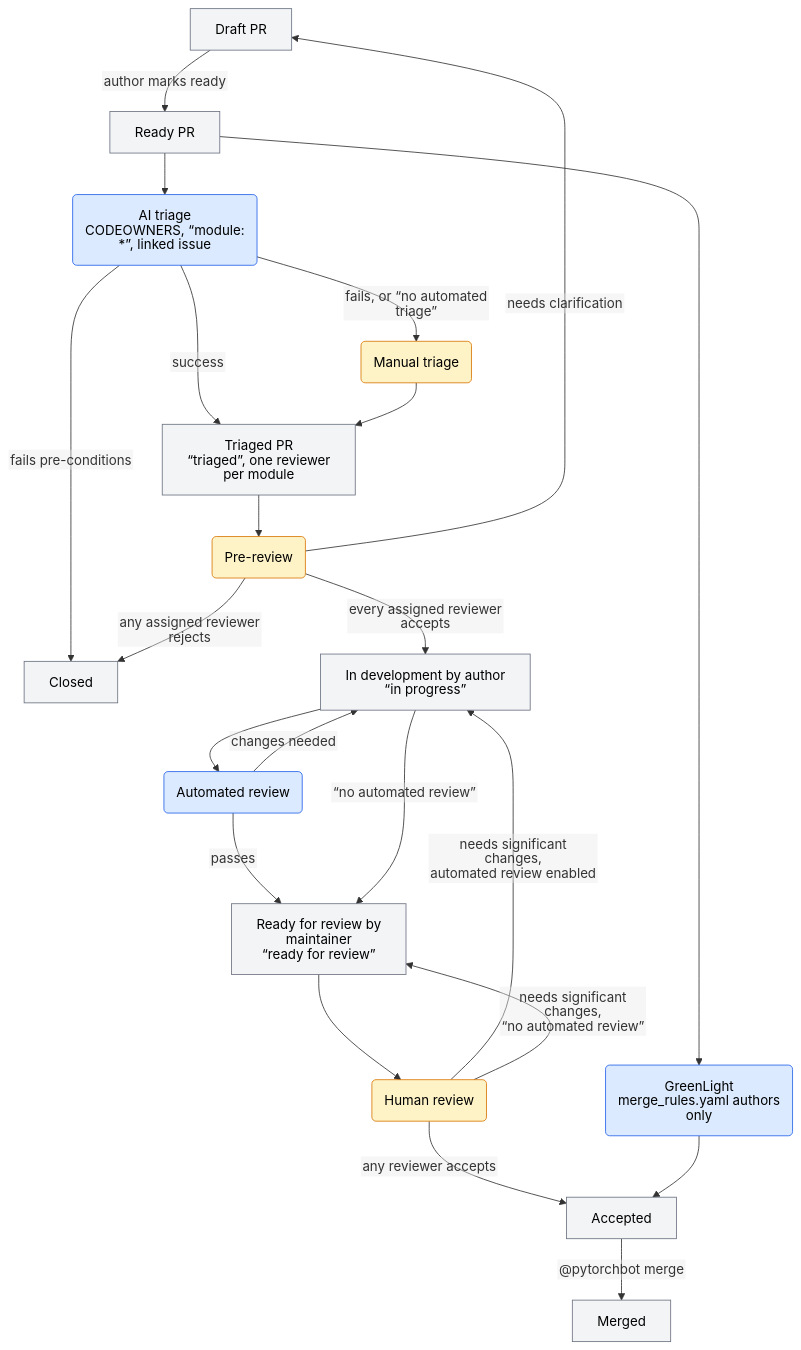
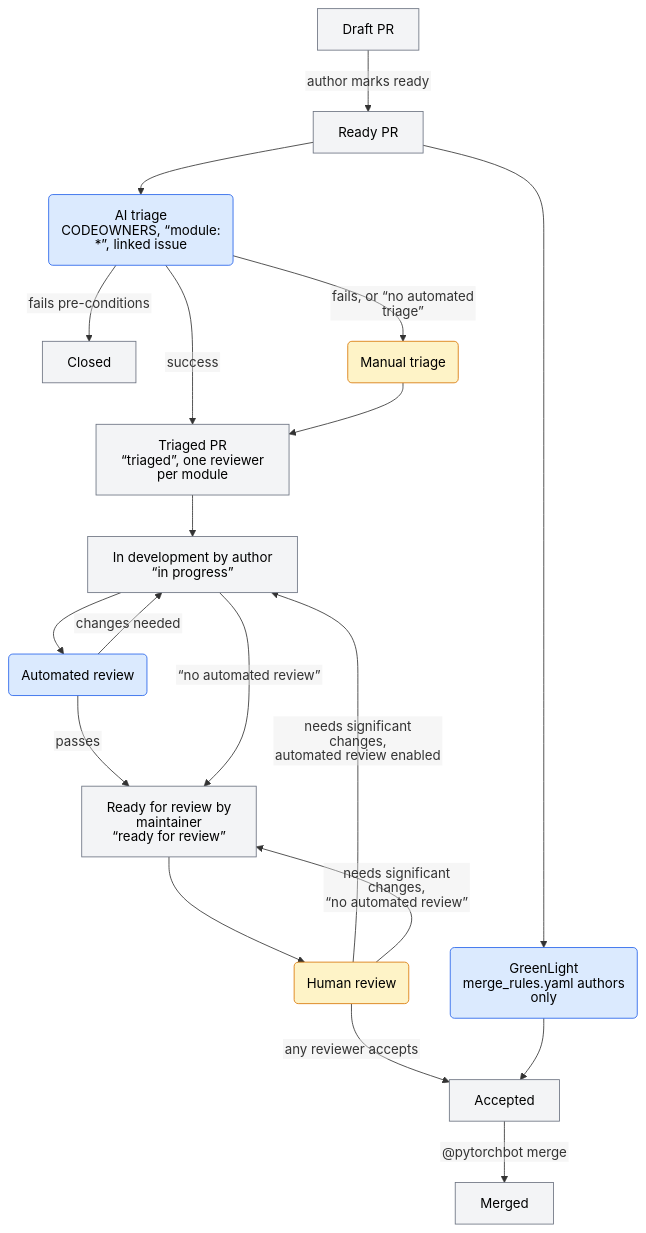
The second of 2 diagrams in CONTRIBUTING.md (pytorch/pytorch), drawn with Mermaid before and after one commit. The commit also changed other lines of this file and 2 other files, not shown here.

First line of the commit message:
[docs] Remove pre-review from the PR lifecycle

````diff
--- a/CONTRIBUTING.md
+++ b/CONTRIBUTING.md
@@ -127,28 +127,25 @@
 ```mermaid
 %%{init: {"htmlLabels": false, "flowchart": {"htmlLabels": false}}}%%
 flowchart TD
     draft[Draft PR] -- author marks ready --> ready[Ready PR]
     ready --> ai("AI triage<br/>CODEOWNERS, “module: *”, linked issue")
     ai -- fails pre-conditions --> closed[Closed]
     ai -- success --> triaged["Triaged PR<br/>“triaged”, one reviewer per module"]
     ai -- "fails, or “no automated triage”" --> htriage(Manual triage) --> triaged
-    triaged --> pre(Pre-review)
-    pre -- any assigned reviewer rejects --> closed
-    pre -- needs clarification --> draft
-    pre -- every assigned reviewer accepts --> dev["In development by author<br/>“in progress”"]
+    triaged --> dev["In development by author<br/>“in progress”"]
     dev --> auto(Automated review) -- passes --> rfr["Ready for review by maintainer<br/>“ready for review”"]
     auto -- changes needed --> dev
     dev -- "“no automated review”" --> rfr
     rfr --> review(Human review)
     review -- "needs significant changes,<br/>automated review enabled" --> dev
     review -- "needs significant changes,<br/>“no automated review”" --> rfr
     review -- any reviewer accepts --> accepted[Accepted]
     ready --> gl("GreenLight<br/>merge_rules.yaml authors only") --> accepted
     accepted -- "@pytorchbot merge" --> merged[Merged]
     classDef state fill:#f3f4f6,stroke:#6b7280,color:#000
     classDef aiproc fill:#dbeafe,stroke:#2563eb,color:#000
     classDef humanproc fill:#fef3c7,stroke:#d97706,color:#000
     class draft,ready,closed,triaged,dev,rfr,accepted,merged state
     class ai,auto,gl aiproc
-    class htriage,pre,review humanproc
+    class htriage,review humanproc
 ```
````
